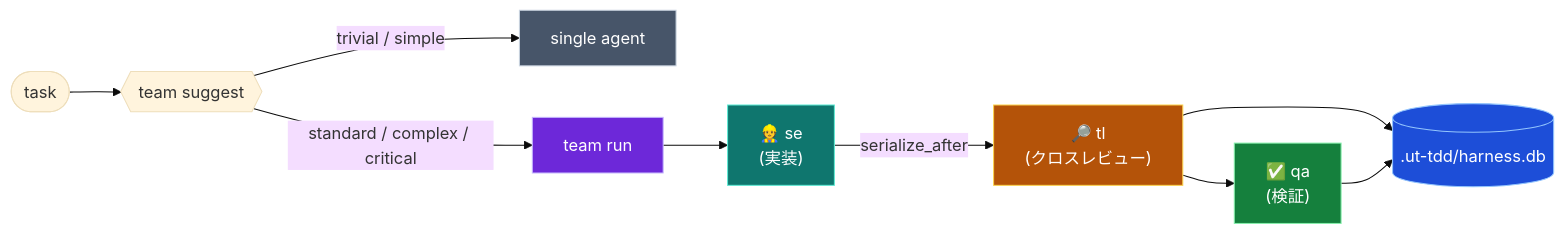
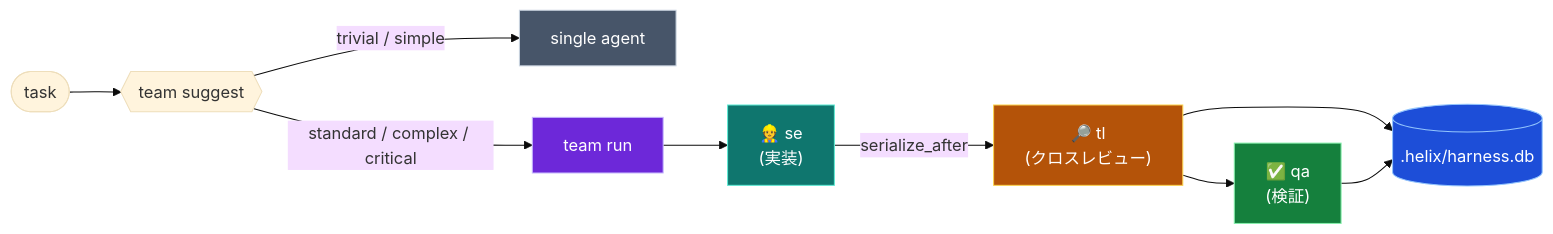
Before and after one commit to RetryYN/HELIX-HARNESS: the fourth of 4 diagrams in README.md, drawn with Mermaid (base theme). The commit also changed other lines of this file and 1043 other files, not shown here.

````diff
--- a/README.md
+++ b/README.md
@@ -197,18 +197,18 @@
 ```mermaid
 flowchart LR
     T([task]) --> S{{team suggest}}
     S -->|trivial / simple| Z["single agent"]:::single
     S -->|standard / complex / critical| R["team run"]:::run
     R --> SE["👷 se<br/>(実装)"]:::codex
     SE -->|serialize_after| TL["🔎 tl<br/>(クロスレビュー)"]:::claude
     TL --> QA["✅ qa<br/>(検証)"]:::qa
-    TL --> DB[(".ut-tdd/harness.db")]:::db
+    TL --> DB[(".helix/harness.db")]:::db
     QA --> DB
 
     classDef single fill:#475569,stroke:#cbd5e1,color:#fff;
     classDef run fill:#6d28d9,stroke:#c4b5fd,color:#fff;
     classDef codex fill:#0f766e,stroke:#5eead4,color:#fff;
     classDef claude fill:#b45309,stroke:#fcd34d,color:#fff;
     classDef qa fill:#15803d,stroke:#86efac,color:#fff;
     classDef db fill:#1d4ed8,stroke:#93c5fd,color:#fff;
 ```
````
